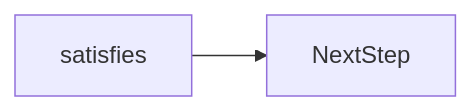
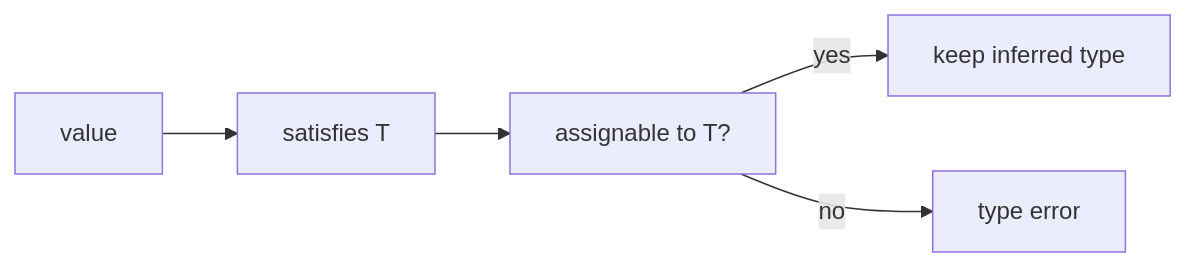
The first of 2 diagrams in docs/en/07-typescript/satisfies/index.md (OmidJavaherii/Frontend-Engineering-Handbook), drawn with Mermaid before and after one commit. The commit also changed other lines of this file and 461 other files, not shown here.

````diff
--- a/docs/en/07-typescript/satisfies/index.md
+++ b/docs/en/07-typescript/satisfies/index.md
@@ -94,4 +55,7 @@
 ```mermaid
 flowchart LR
-  concept[satisfies] --> nextStep[NextStep]
+  Value[value] --> Sat[satisfies T]
+  Sat --> Check[assignable to T?]
+  Check -->|yes| Keep[keep inferred type]
+  Check -->|no| Err[type error]
 ```
````
